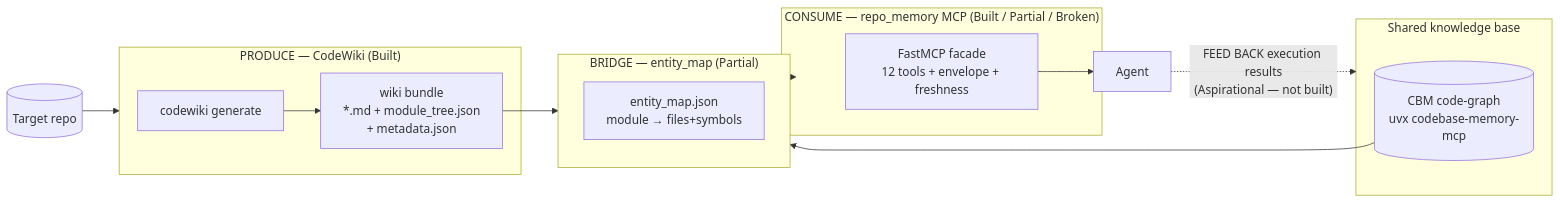
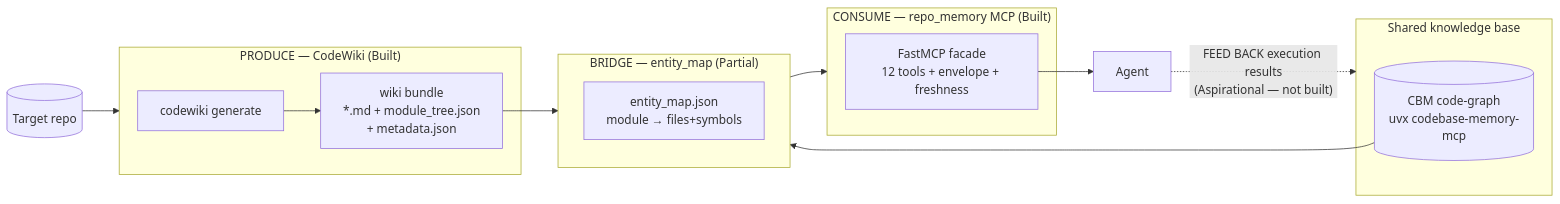
Before and after one commit to vinc-lin/knowledgeLoop: the diagram in docs/close-loop-workflow.md, drawn with Mermaid. The commit also changed other lines of this file, not shown here.

First line of the commit message:
docs(close-loop): graph tools now work end-to-end (CBM API mismatch fixed)

````diff
--- a/docs/close-loop-workflow.md
+++ b/docs/close-loop-workflow.md
@@ -17,22 +17,22 @@
 ```mermaid
 flowchart LR
     repo[(Target repo)] --> produce
     subgraph produce["PRODUCE — CodeWiki (Built)"]
         gen["codewiki generate"] --> wiki["wiki bundle<br/>*.md + module_tree.json<br/>+ metadata.json"]
     end
     subgraph kb["Shared knowledge base"]
         wiki
         cbmgraph[("CBM code-graph<br/>uvx codebase-memory-mcp")]
     end
     wiki --> bridge
     cbmgraph --> bridge
     subgraph bridge["BRIDGE — entity_map (Partial)"]
         em["entity_map.json<br/>module → files+symbols"]
     end
     bridge --> consume
-    subgraph consume["CONSUME — repo_memory MCP (Built / Partial / Broken)"]
+    subgraph consume["CONSUME — repo_memory MCP (Built)"]
         facade["FastMCP facade<br/>12 tools + envelope + freshness"]
     end
     facade --> agent["Agent"]
     agent -.->|"FEED BACK execution results<br/>(Aspirational — not built)"| kb
 ```
````
